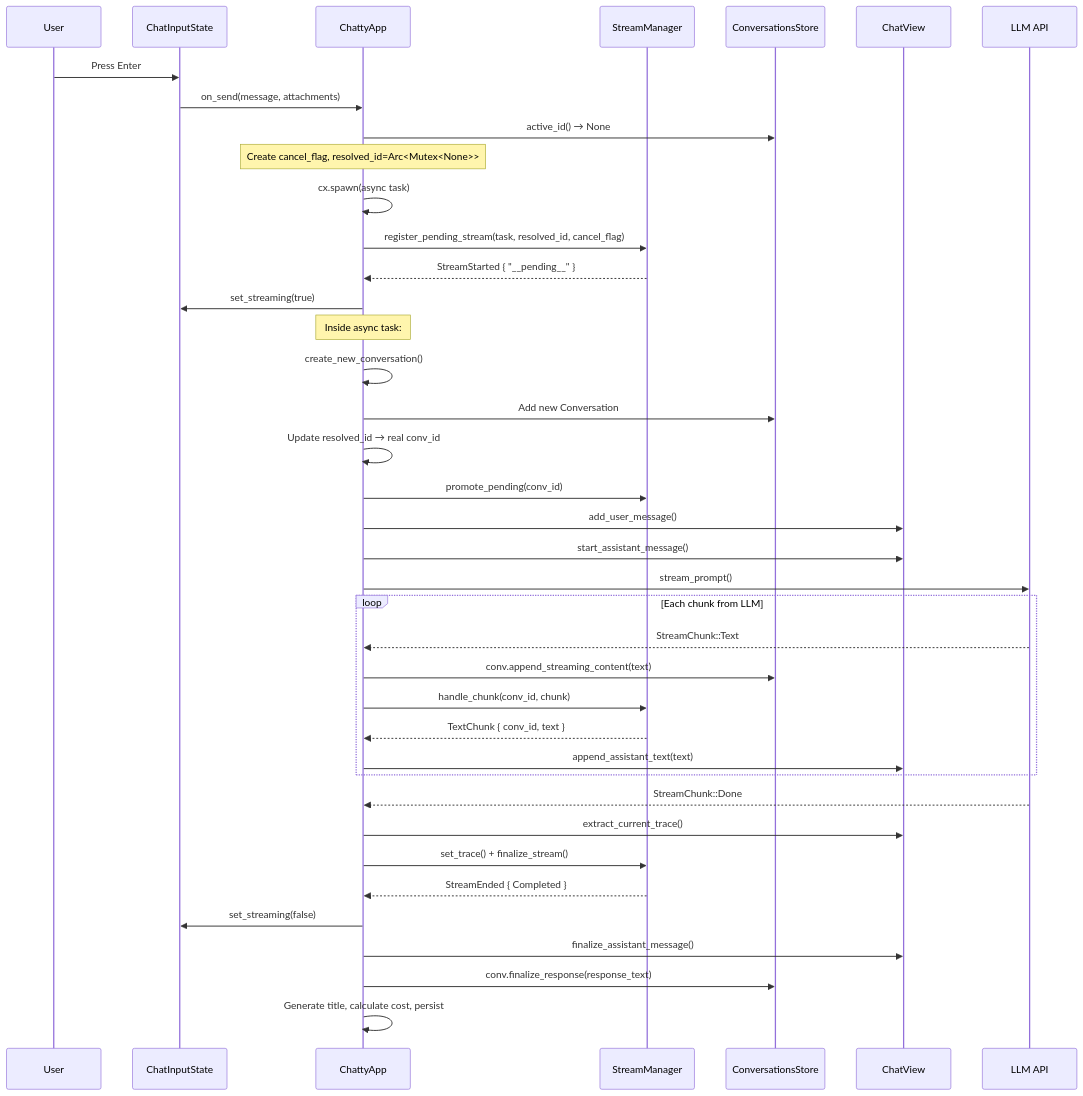
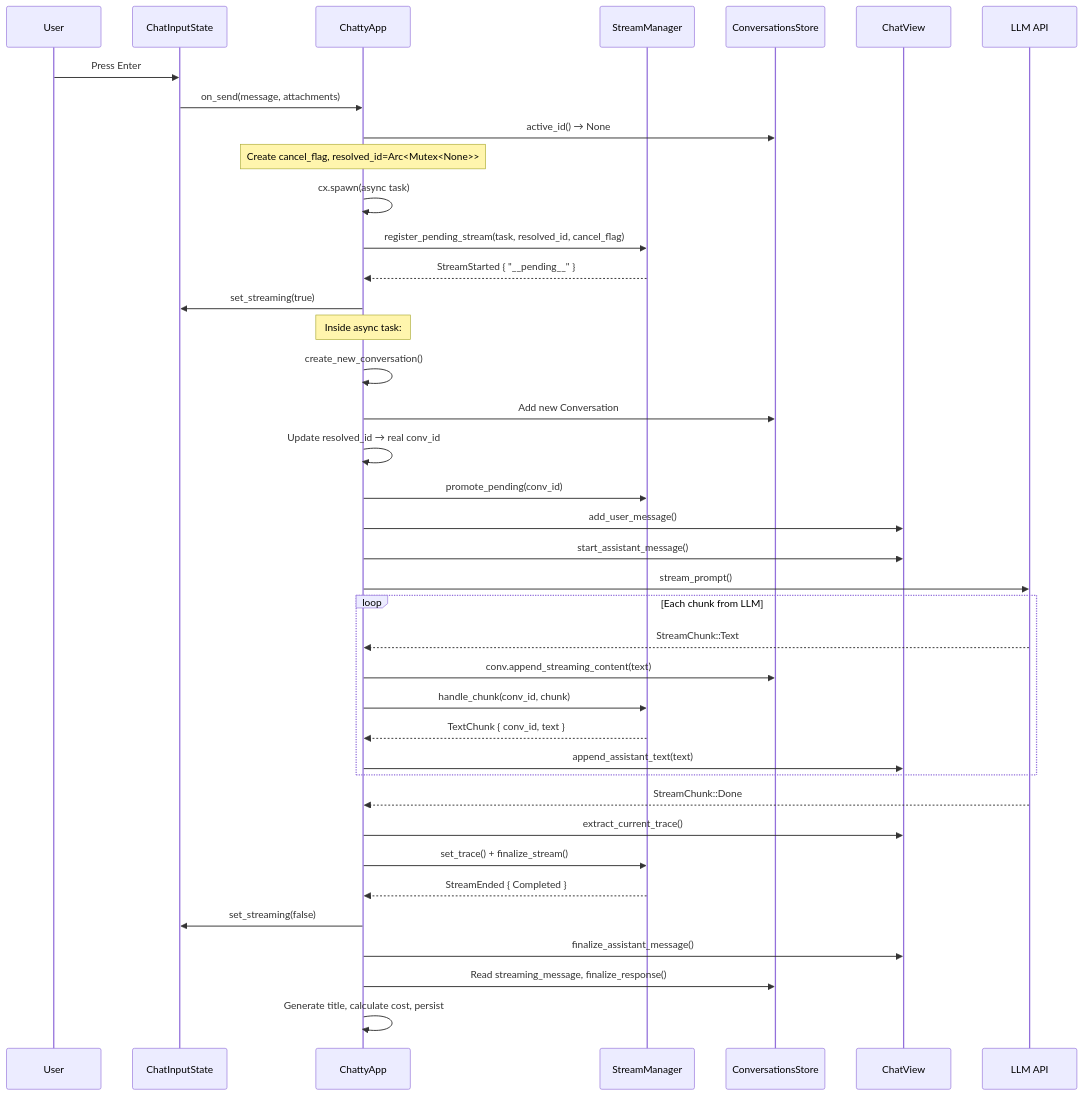
Before and after one commit to boersmamarcel/chatty2: the second of 6 diagrams in docs/stream-manager.md, drawn with Mermaid. The commit also changed other lines of this file and 2 other files, not shown here.

First line of the commit message:
Eliminate dual-write: StreamManager no longer accumulates response text

````diff
--- a/docs/stream-manager.md
+++ b/docs/stream-manager.md
@@ -104,47 +107,47 @@
 ```mermaid
 sequenceDiagram
     participant U as User
     participant CIS as ChatInputState
     participant CA as ChattyApp
     participant SM as StreamManager
     participant CS as ConversationsStore
     participant CV as ChatView
     participant LLM as LLM API
 
     U->>CIS: Press Enter
     CIS->>CA: on_send(message, attachments)
     CA->>CS: active_id() → None
 
     Note over CA: Create cancel_flag, resolved_id=Arc<Mutex<None>>
 
     CA->>CA: cx.spawn(async task)
     CA->>SM: register_pending_stream(task, resolved_id, cancel_flag)
     SM-->>CA: StreamStarted { "__pending__" }
     CA->>CIS: set_streaming(true)
 
     Note over CA: Inside async task:
     CA->>CA: create_new_conversation()
     CA->>CS: Add new Conversation
     CA->>CA: Update resolved_id → real conv_id
     CA->>SM: promote_pending(conv_id)
     CA->>CV: add_user_message()
     CA->>CV: start_assistant_message()
     CA->>LLM: stream_prompt()
 
     loop Each chunk from LLM
         LLM-->>CA: StreamChunk::Text
         CA->>CS: conv.append_streaming_content(text)
         CA->>SM: handle_chunk(conv_id, chunk)
         SM-->>CA: TextChunk { conv_id, text }
         CA->>CV: append_assistant_text(text)
     end
 
     LLM-->>CA: StreamChunk::Done
     CA->>CV: extract_current_trace()
     CA->>SM: set_trace() + finalize_stream()
     SM-->>CA: StreamEnded { Completed }
     CA->>CIS: set_streaming(false)
     CA->>CV: finalize_assistant_message()
-    CA->>CS: conv.finalize_response(response_text)
+    CA->>CS: Read streaming_message, finalize_response()
     CA->>CA: Generate title, calculate cost, persist
 ```
````
